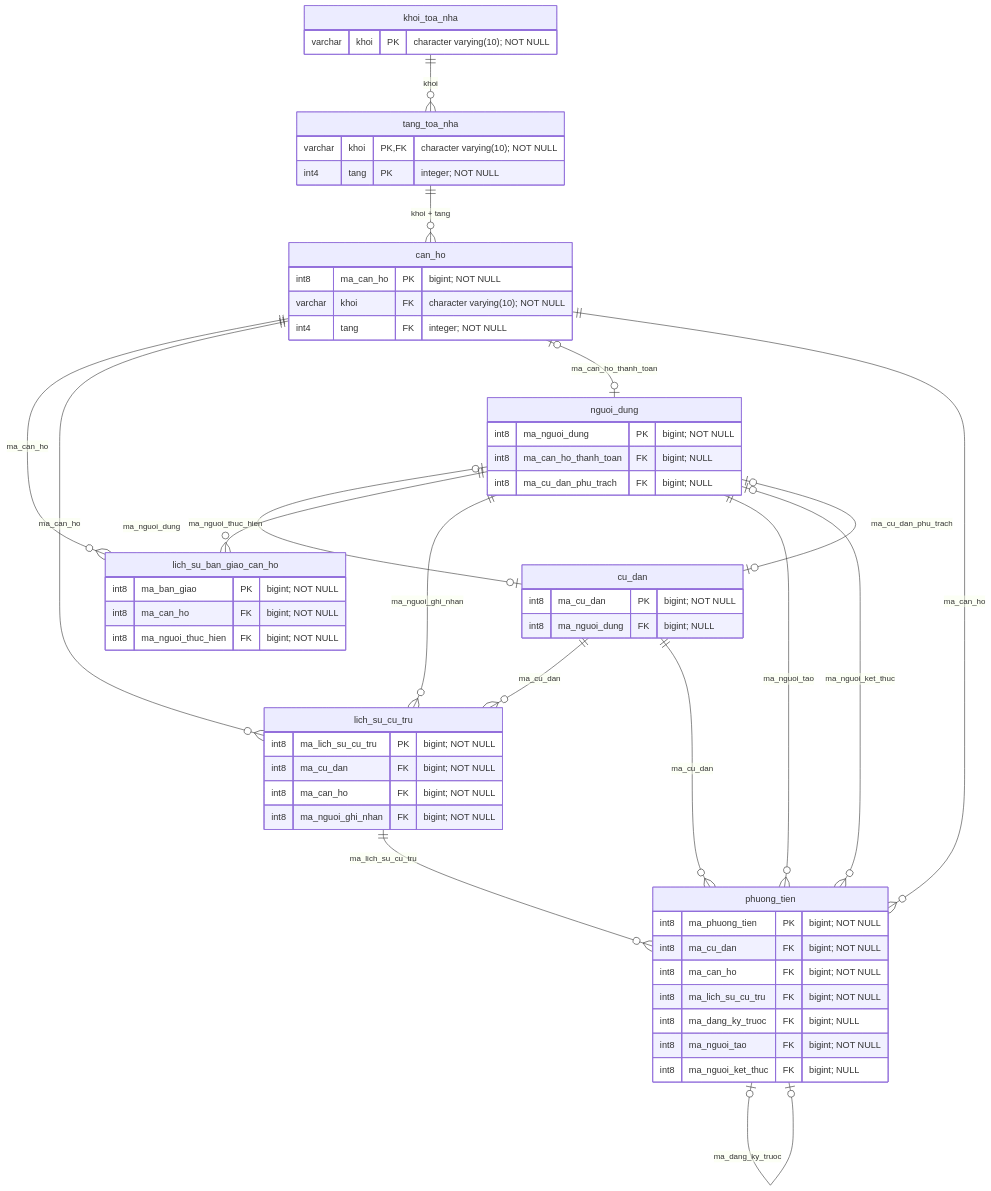
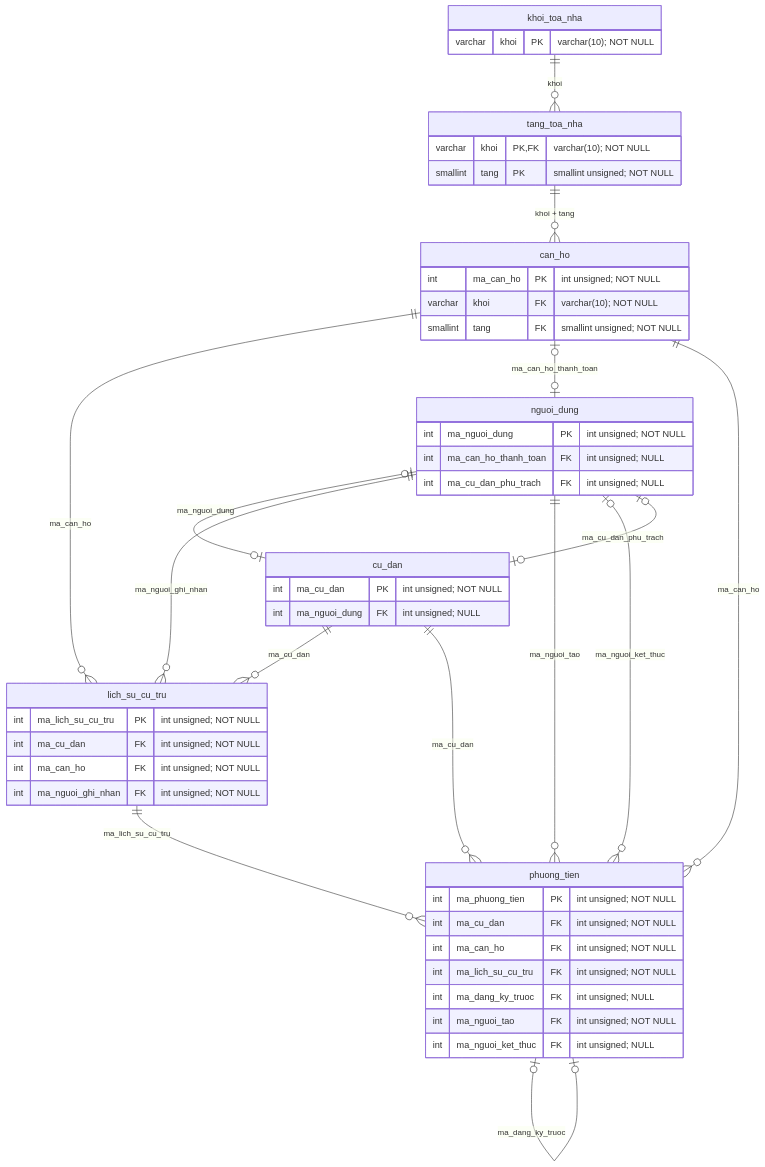
The first of 4 diagrams in docs/bao-cao/erd-phan-he.md (tunato2807-del/chung-cu-starter), drawn with Mermaid before and after one commit. The commit also changed other lines of this file and 123 other files, not shown here.

Commit message:
Rebuild thesis MySQL schema while preserving all workflows

````diff
--- a/docs/bao-cao/erd-phan-he.md
+++ b/docs/bao-cao/erd-phan-he.md
@@ -11,60 +11,53 @@
 ```mermaid
 erDiagram
   can_ho {
-    int8 ma_can_ho PK "bigint; NOT NULL"
-    varchar khoi FK "character varying(10); NOT NULL"
-    int4 tang FK "integer; NOT NULL"
+    int ma_can_ho PK "int unsigned; NOT NULL"
+    varchar khoi FK "varchar(10); NOT NULL"
+    smallint tang FK "smallint unsigned; NOT NULL"
   }
   cu_dan {
-    int8 ma_cu_dan PK "bigint; NOT NULL"
-    int8 ma_nguoi_dung FK "bigint; NULL"
+    int ma_cu_dan PK "int unsigned; NOT NULL"
+    int ma_nguoi_dung FK "int unsigned; NULL"
   }
   khoi_toa_nha {
-    varchar khoi PK "character varying(10); NOT NULL"
-  }
-  lich_su_ban_giao_can_ho {
-    int8 ma_ban_giao PK "bigint; NOT NULL"
-    int8 ma_can_ho FK "bigint; NOT NULL"
-    int8 ma_nguoi_thuc_hien FK "bigint; NOT NULL"
+    varchar khoi PK "varchar(10); NOT NULL"
   }
   lich_su_cu_tru {
-    int8 ma_lich_su_cu_tru PK "bigint; NOT NULL"
-    int8 ma_cu_dan FK "bigint; NOT NULL"
-    int8 ma_can_ho FK "bigint; NOT NULL"
-    int8 ma_nguoi_ghi_nhan FK "bigint; NOT NULL"
+    int ma_lich_su_cu_tru PK "int unsigned; NOT NULL"
+    int ma_cu_dan FK "int unsigned; NOT NULL"
+    int ma_can_ho FK "int unsigned; NOT NULL"
+    int ma_nguoi_ghi_nhan FK "int unsigned; NOT NULL"
   }
   nguoi_dung {
-    int8 ma_nguoi_dung PK "bigint; NOT NULL"
-    int8 ma_can_ho_thanh_toan FK "bigint; NULL"
-    int8 ma_cu_dan_phu_trach FK "bigint; NULL"
+    int ma_nguoi_dung PK "int unsigned; NOT NULL"
+    int ma_can_ho_thanh_toan FK "int unsigned; NULL"
+    int ma_cu_dan_phu_trach FK "int unsigned; NULL"
   }
   phuong_tien {
-    int8 ma_phuong_tien PK "bigint; NOT NULL"
-    int8 ma_cu_dan FK "bigint; NOT NULL"
-    int8 ma_can_ho FK "bigint; NOT NULL"
-    int8 ma_lich_su_cu_tru FK "bigint; NOT NULL"
-    int8 ma_dang_ky_truoc FK "bigint; NULL"
-    int8 ma_nguoi_tao FK "bigint; NOT NULL"
-    int8 ma_nguoi_ket_thuc FK "bigint; NULL"
+    int ma_phuong_tien PK "int unsigned; NOT NULL"
+    int ma_cu_dan FK "int unsigned; NOT NULL"
+    int ma_can_ho FK "int unsigned; NOT NULL"
+    int ma_lich_su_cu_tru FK "int unsigned; NOT NULL"
+    int ma_dang_ky_truoc FK "int unsigned; NULL"
+    int ma_nguoi_tao FK "int unsigned; NOT NULL"
+    int ma_nguoi_ket_thuc FK "int unsigned; NULL"
   }
   tang_toa_nha {
-    varchar khoi PK,FK "character varying(10); NOT NULL"
-    int4 tang PK "integer; NOT NULL"
+    varchar khoi PK,FK "varchar(10); NOT NULL"
+    smallint tang PK "smallint unsigned; NOT NULL"
   }
   tang_toa_nha ||--o{ can_ho : "khoi + tang"
   nguoi_dung o|--o| cu_dan : "ma_nguoi_dung"
-  can_ho ||--o{ lich_su_ban_giao_can_ho : "ma_can_ho"
-  nguoi_dung ||--o{ lich_su_ban_giao_can_ho : "ma_nguoi_thuc_hien"
   cu_dan ||--o{ lich_su_cu_tru : "ma_cu_dan"
   can_ho ||--o{ lich_su_cu_tru : "ma_can_ho"
   nguoi_dung ||--o{ lich_su_cu_tru : "ma_nguoi_ghi_nhan"
   can_ho o|--o| nguoi_dung : "ma_can_ho_thanh_toan"
   cu_dan o|--o| nguoi_dung : "ma_cu_dan_phu_trach"
   cu_dan ||--o{ phuong_tien : "ma_cu_dan"
   can_ho ||--o{ phuong_tien : "ma_can_ho"
   lich_su_cu_tru ||--o{ phuong_tien : "ma_lich_su_cu_tru"
   phuong_tien o|--o| phuong_tien : "ma_dang_ky_truoc"
   nguoi_dung ||--o{ phuong_tien : "ma_nguoi_tao"
   nguoi_dung o|--o{ phuong_tien : "ma_nguoi_ket_thuc"
   khoi_toa_nha ||--o{ tang_toa_nha : "khoi"
 ```
````
